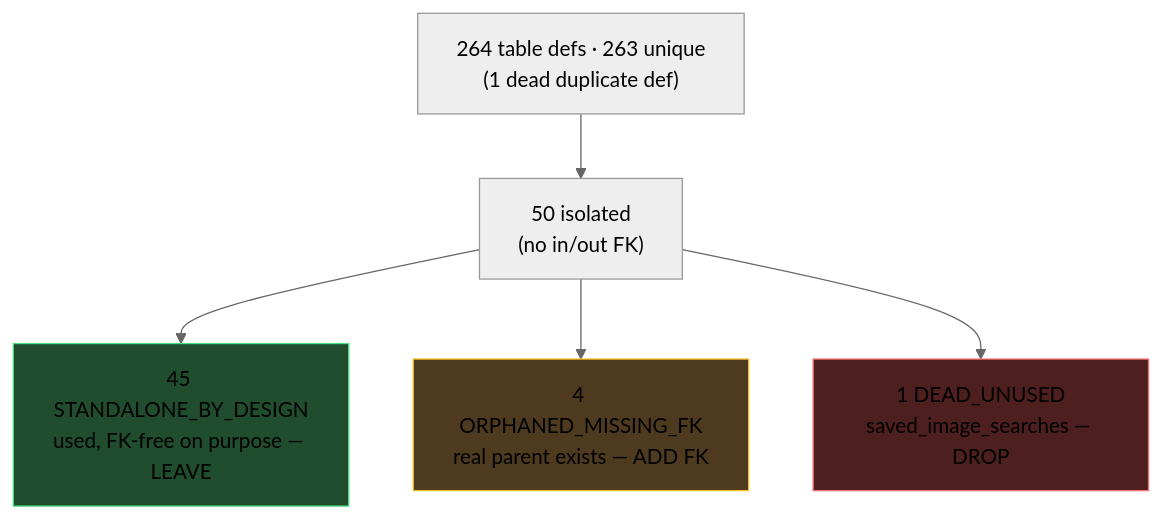
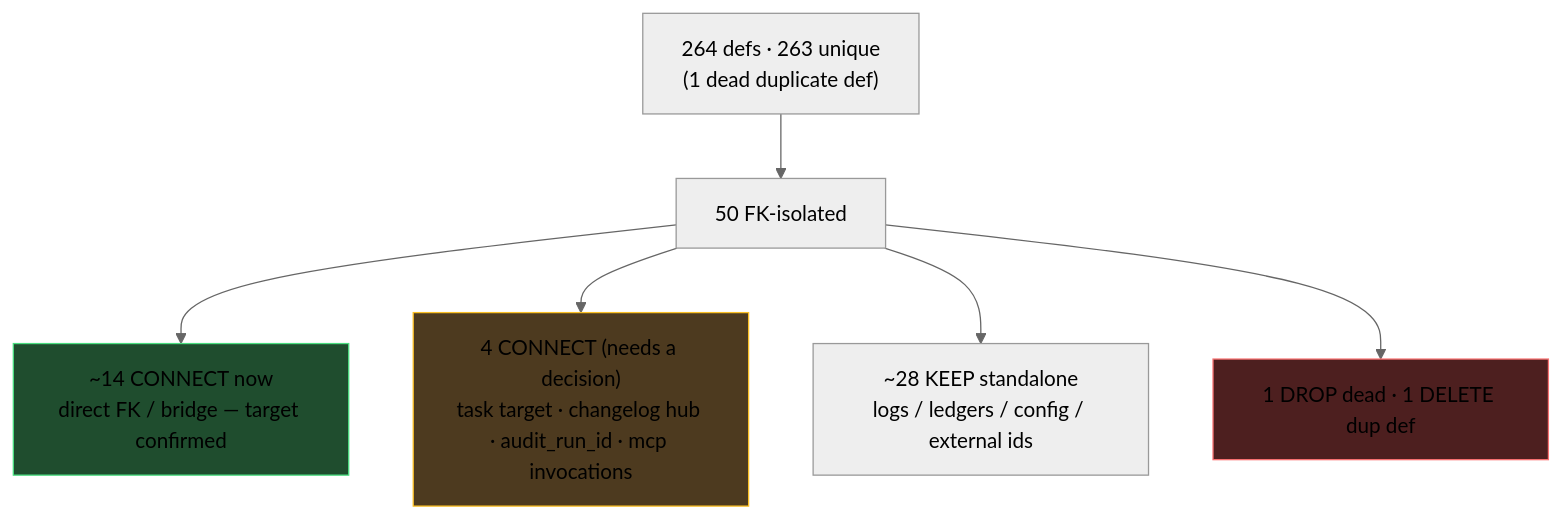
One commit to jmbish04/core-remodel changed the first of 6 diagrams in docs/0033_d1_table_audit/IMPLEMENTATION_PLAN.md. Above: the diagram before and after it, drawn with Mermaid (neutral theme). The commit also changed other lines of this file and 2 other files, not shown here.

First line of the commit message:
docs(0033): connect-by-default build — resolved matrix + owner hubs/bridge

````diff
--- a/docs/0033_d1_table_audit/IMPLEMENTATION_PLAN.md
+++ b/docs/0033_d1_table_audit/IMPLEMENTATION_PLAN.md
@@ -31,13 +26,14 @@
 ```mermaid
 flowchart TD
-    T["264 table defs · 263 unique<br/>(1 dead duplicate def)"] --> I["50 isolated<br/>(no in/out FK)"]
-    I --> S["45 STANDALONE_BY_DESIGN<br/>used, FK-free on purpose — LEAVE"]
-    I --> O["4 ORPHANED_MISSING_FK<br/>real parent exists — ADD FK"]
-    I --> D["1 DEAD_UNUSED<br/>saved_image_searches — DROP"]
+    T["264 defs · 263 unique<br/>(1 dead duplicate def)"] --> I["50 FK-isolated"]
+    I --> W["~14 CONNECT now<br/>direct FK / bridge — target confirmed"]
+    I --> C["4 CONNECT (needs a decision)<br/>task target · changelog hub · audit_run_id · mcp invocations"]
+    I --> K["~28 KEEP standalone<br/>logs / ledgers / config / external ids"]
+    I --> D["1 DROP dead · 1 DELETE dup def"]
     classDef ok fill:#1f4d2e,stroke:#4ade80
     classDef warn fill:#4d3a1f,stroke:#fbbf24
     classDef bad fill:#4d1f1f,stroke:#f87171
-    class S ok
-    class O warn
+    class W ok
+    class C warn
     class D bad
 ```
````
